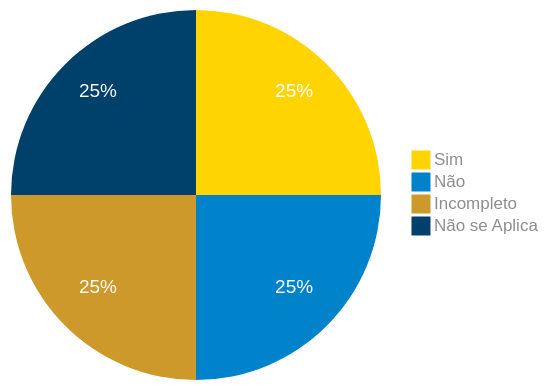
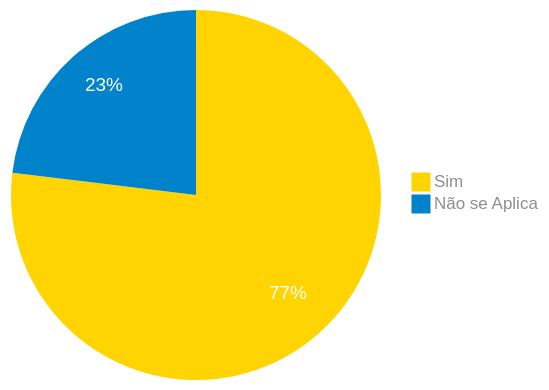
One commit to claudiohsc/2024.1-Correios changed the diagram in docs/verificacao_01/grupo/DAD/nivel2/prototipo_papel/relato_dos_resultados_PP/pre-postagem-pp.md. Above: the diagram before and after it, drawn with Mermaid. The commit also changed other lines of this file, not shown here.

````diff
--- a/docs/verificacao_01/grupo/DAD/nivel2/prototipo_papel/relato_dos_resultados_PP/pre-postagem-pp.md
+++ b/docs/verificacao_01/grupo/DAD/nivel2/prototipo_papel/relato_dos_resultados_PP/pre-postagem-pp.md
@@ -87,24 +93,22 @@
 ``` mermaid
 %%{
   init: {
     'theme': 'base',
     'themeVariables': {
         'primaryColor': '#FFD400',
         'secondaryColor': '#0083CA',
         'tertiaryColor': '#CD992B',
         'pie4': '#00416B',
         'primaryTextColor': '#8e8e8e',
         'pieStrokeWidth': '0px',
         'pieOuterStrokeWidth': '0px',
         'pieOpacity': '1',
         'pieSectionTextColor': '#fff',
         'pieSectionTextSize': '19px'
     }
   }
 }%%
 pie
-    "Sim" : 1
-    "Não" : 1
-    "Incompleto" : 1
-    "Não se Aplica" : 1
+    "Sim" : 10
+    "Não se Aplica" : 3
 ```
````
